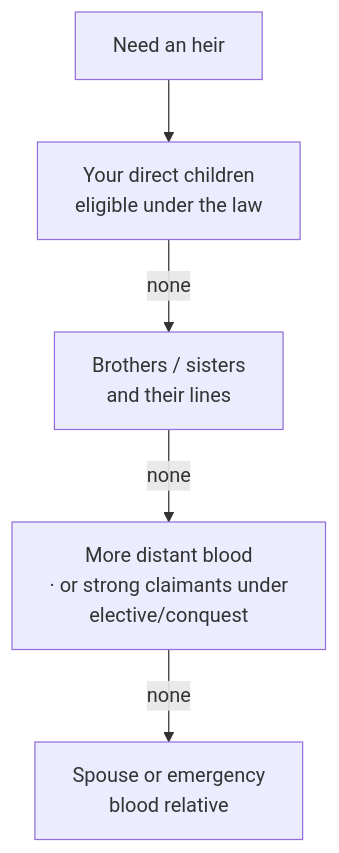
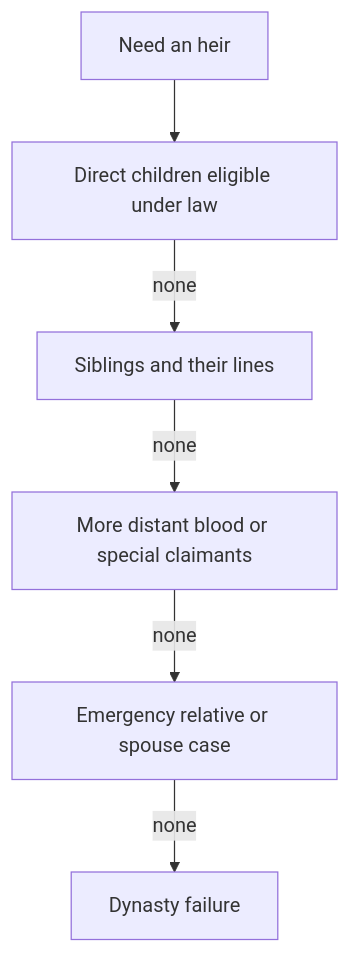
The diagram in content/dynasty/Succession Laws.md (kroryan/Quartz-HispaniaBeta), drawn with Mermaid before and after one commit. The commit also changed other lines of this file and 35 other files, not shown here.

````diff
--- a/content/dynasty/Succession Laws.md
+++ b/content/dynasty/Succession Laws.md
@@ -29,7 +27,8 @@
 ```mermaid
 flowchart TD
-    A[Need an heir] --> B[Your direct children<br/>eligible under the law]
-    B -->|none| C[Brothers / sisters<br/>and their lines]
-    C -->|none| D[More distant blood<br/>· or strong claimants under<br/>elective/conquest]
-    D -->|none| E[Spouse or emergency<br/>blood relative]
+    A[Need an heir] --> B[Direct children eligible under law]
+    B -->|none| C[Siblings and their lines]
+    C -->|none| D[More distant blood or special claimants]
+    D -->|none| E[Emergency relative or spouse case]
+    E -->|none| X[Dynasty failure]
 ```
````
